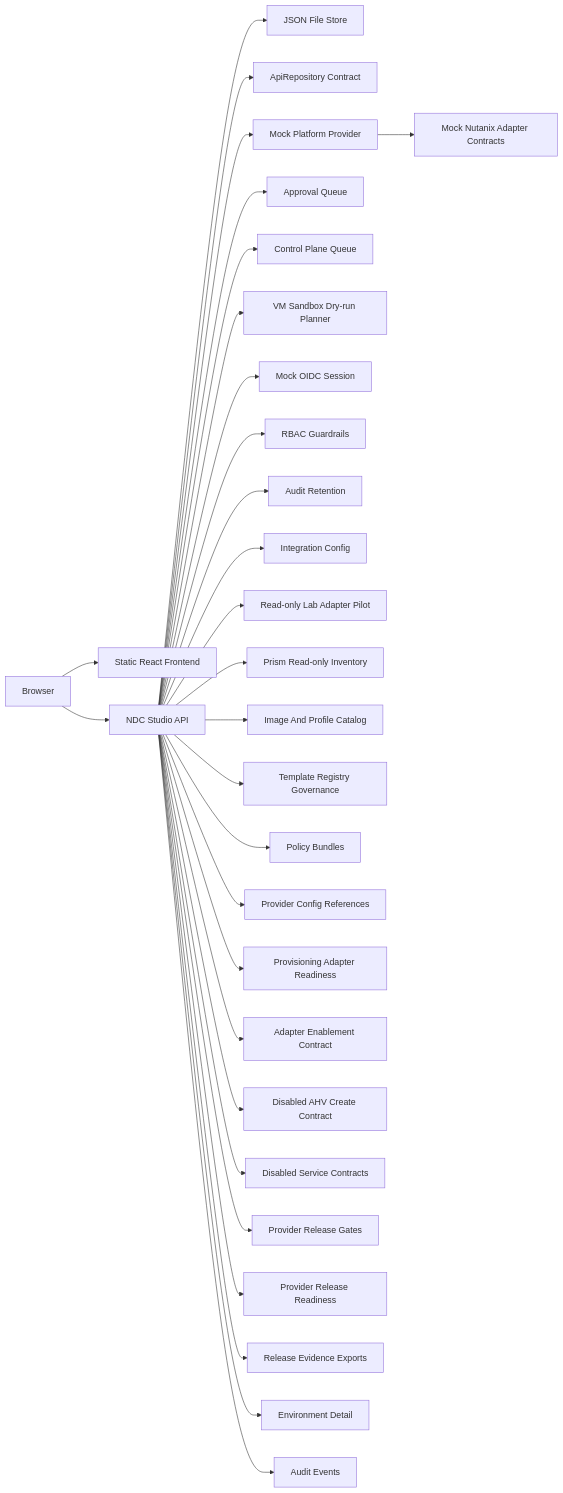
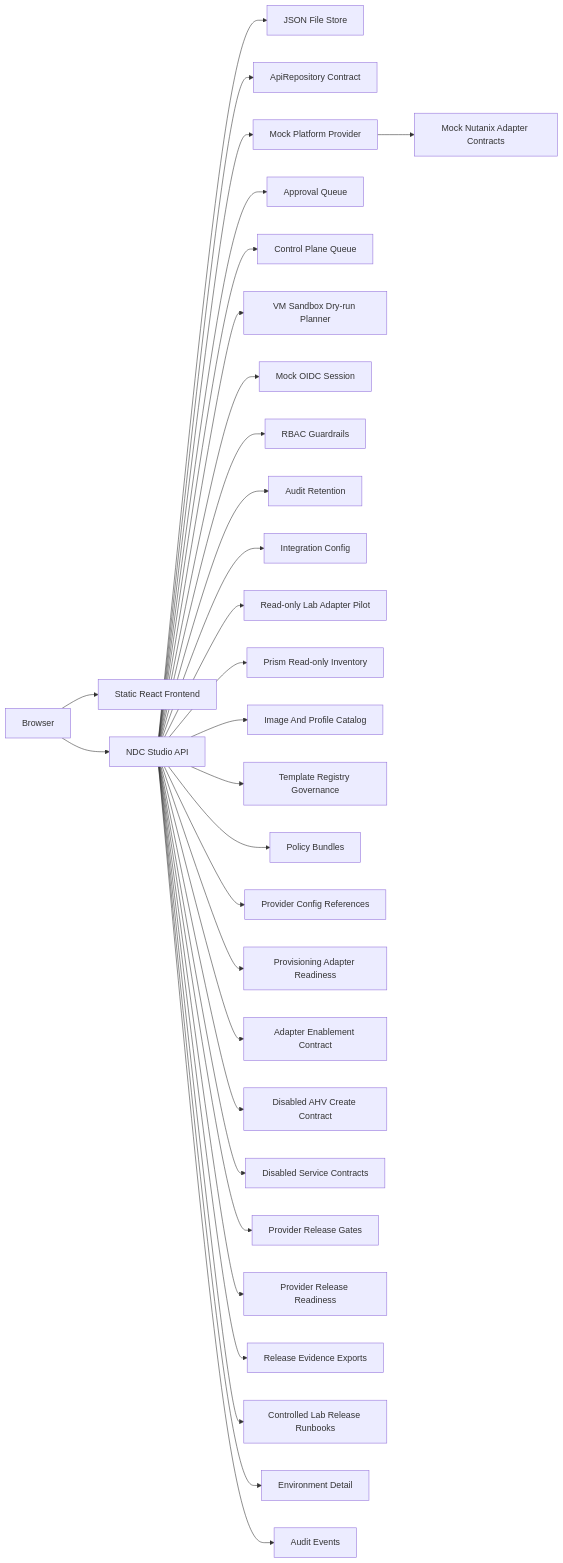
Before and after one commit to VirtuArchitect/nutanix-developer-cloud-studio: the second of 2 diagrams in docs/architecture.md, drawn with Mermaid. The commit also changed other lines of this file and 21 other files, not shown here.

Commit message:
Add v2.12 controlled lab release runbook

````diff
--- a/docs/architecture.md
+++ b/docs/architecture.md
@@ -21,31 +21,32 @@
 ```mermaid
 flowchart LR
     Browser["Browser"] --> Web["Static React Frontend"]
     Browser --> Api["NDC Studio API"]
     Api --> Store["JSON File Store"]
     Api --> Repo["ApiRepository Contract"]
     Api --> Provider["Mock Platform Provider"]
     Provider --> Adapters["Mock Nutanix Adapter Contracts"]
     Api --> Approvals["Approval Queue"]
     Api --> Queue["Control Plane Queue"]
     Api --> VmDryRun["VM Sandbox Dry-run Planner"]
     Api --> Identity["Mock OIDC Session"]
     Api --> Rbac["RBAC Guardrails"]
     Api --> AuditRetention["Audit Retention"]
     Api --> Config["Integration Config"]
     Api --> LabAdapters["Read-only Lab Adapter Pilot"]
     Api --> PrismInventory["Prism Read-only Inventory"]
     Api --> Inventory["Image And Profile Catalog"]
     Api --> Registry["Template Registry Governance"]
     Api --> Bundles["Policy Bundles"]
     Api --> ProviderConfig["Provider Config References"]
     Api --> AdapterReadiness["Provisioning Adapter Readiness"]
     Api --> AdapterEnablement["Adapter Enablement Contract"]
     Api --> AhvCreateContract["Disabled AHV Create Contract"]
     Api --> ServiceContracts["Disabled Service Contracts"]
     Api --> ProviderRelease["Provider Release Gates"]
     Api --> ReleaseDashboard["Provider Release Readiness"]
     Api --> ReleaseEvidence["Release Evidence Exports"]
+    Api --> ReleaseRunbook["Controlled Lab Release Runbooks"]
     Api --> Details["Environment Detail"]
     Api --> Audit["Audit Events"]
 ```
````
